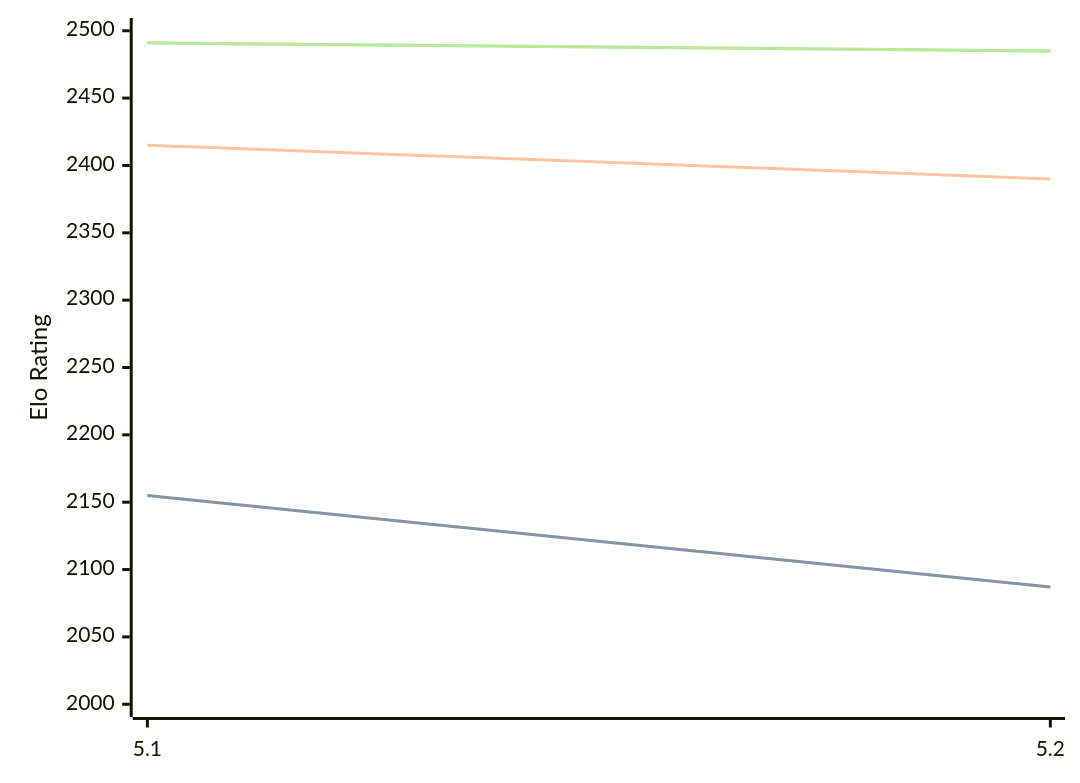
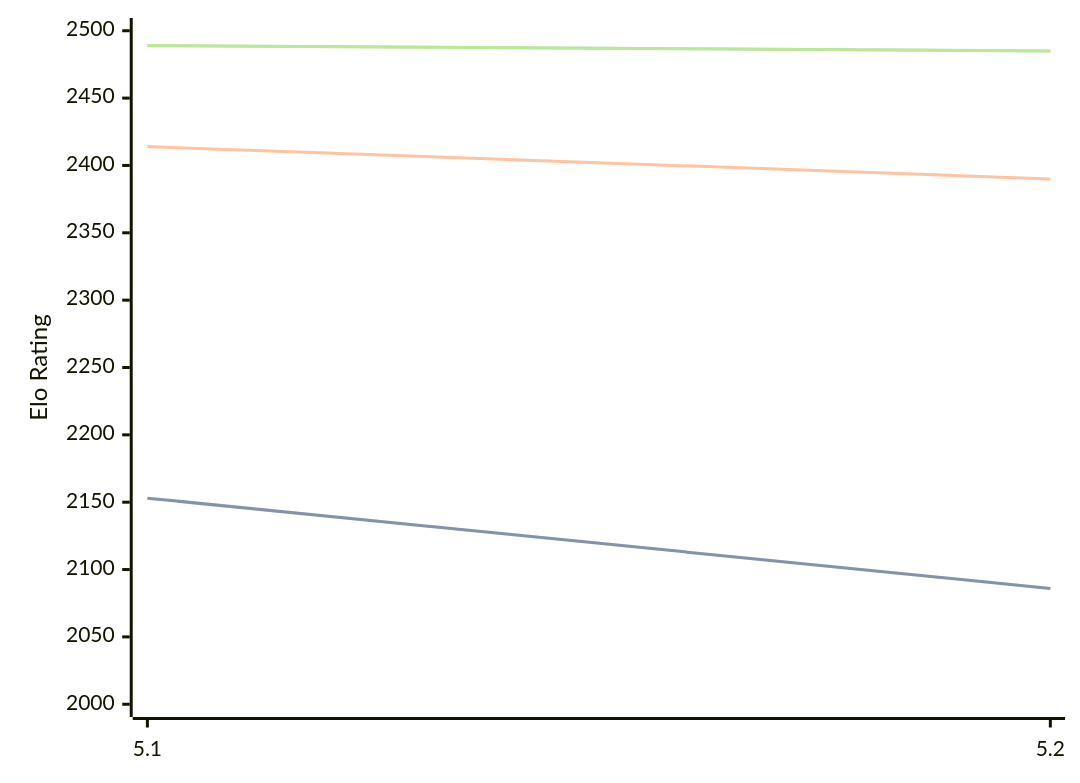
Before and after one commit to computer-chess-index/cci: the first of 3 diagrams in engines/Prophet.md, drawn with Mermaid. The commit also changed other lines of this file, not shown here.

Commit message:
Update CCI Ratings (ELO VLTC) - 2026-06-27

````diff
--- a/engines/Prophet.md
+++ b/engines/Prophet.md
@@ -38,11 +38,11 @@
 ```mermaid
 %%{init: {"theme":"base","themeVariables":{"seriesColors:['#a3a3a3','#222221','#faa371']}}}%%
 xychart-beta
   x-axis ["5.1", "5.2"]
   y-axis "Elo Rating" 2000 --> 2500
-  line "STC (8.0+0.08s)" [2155, 2087]
-  line "STC (8.0+0.08s)" [2155, 2087]
-  line "LTC (60.0+0.60s)" [2415, 2390]
-  line "VLTC (2m24s+1.12s)" [2491, 2485]
-  line "VLTC (2m24s+1.12s)" [2491, 2485]
+  line "STC (8.0+0.08s)" [2153, 2086]
+  line "STC (8.0+0.08s)" [2153, 2086]
+  line "LTC (60.0+0.60s)" [2414, 2390]
+  line "VLTC (2m24s+1.12s)" [2489, 2485]
+  line "VLTC (2m24s+1.12s)" [2489, 2485]
 ```
````
